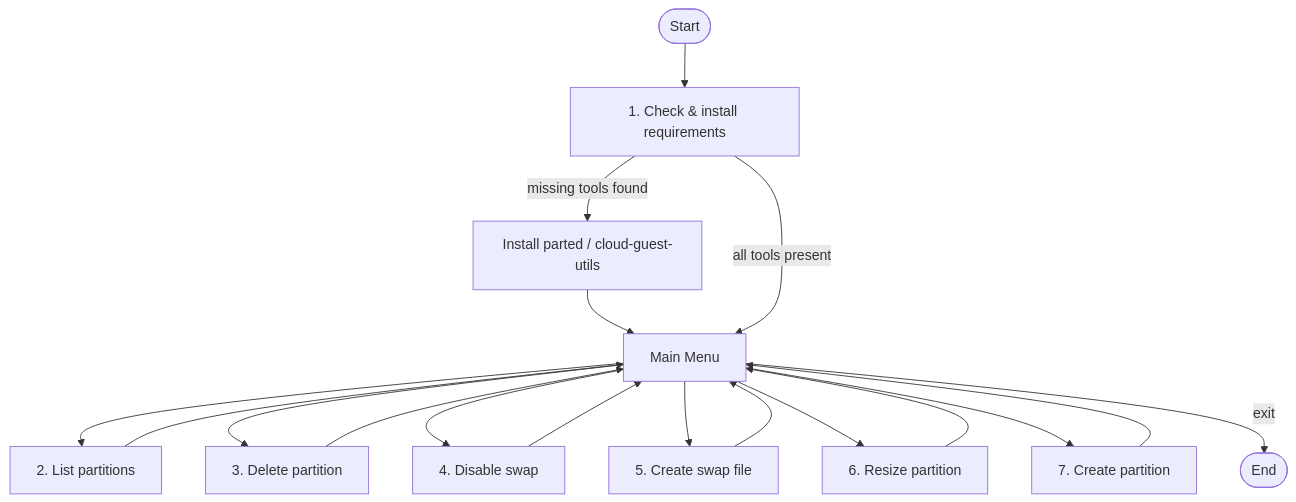
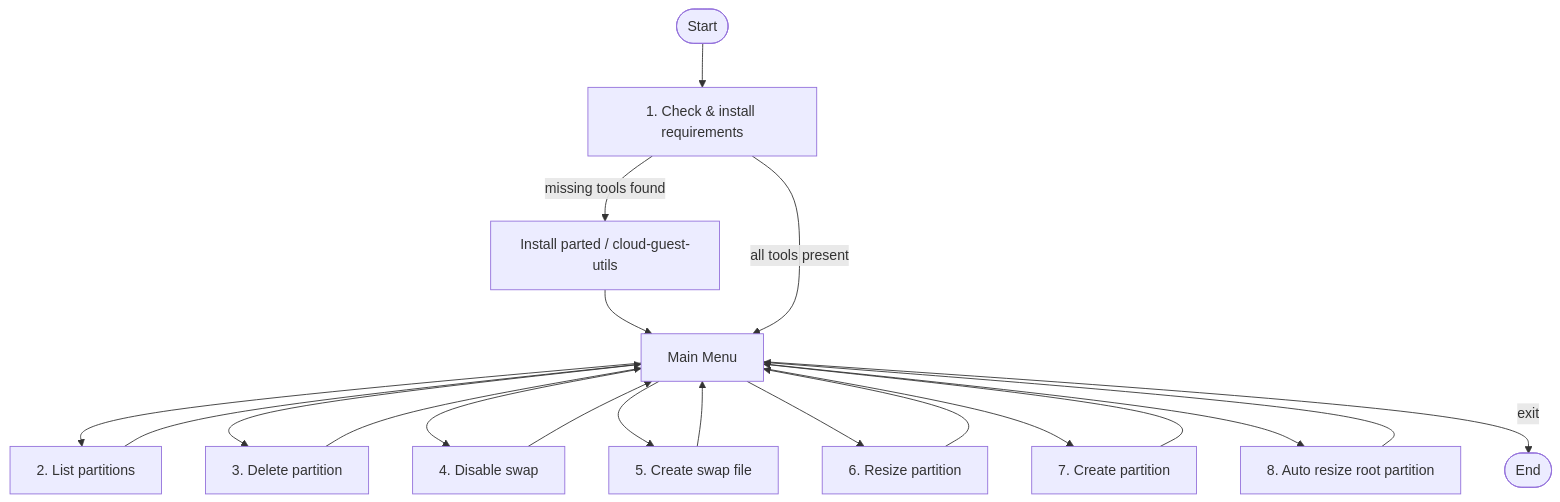
Before and after one commit to faizal2007/partition_mgt: the diagram in README.md, drawn with Mermaid. The commit also changed other lines of this file and 1 other file, not shown here.

Commit message:
Add auto-resize root partition option

````diff
--- a/README.md
+++ b/README.md
@@ -13,23 +13,25 @@
 ```mermaid
 flowchart TD
     Start([Start]) --> Check[1. Check & install requirements]
     Check -->|missing tools found| Install[Install parted / cloud-guest-utils]
     Install --> Menu
     Check -->|all tools present| Menu
 
     Menu[Main Menu] --> List[2. List partitions]
     Menu --> Delete[3. Delete partition]
     Menu --> SwapOff[4. Disable swap]
     Menu --> SwapFile[5. Create swap file]
     Menu --> Resize[6. Resize partition]
     Menu --> CreatePart[7. Create partition]
+    Menu --> RootResize[8. Auto resize root partition]
 
     List --> Menu
     Delete --> Menu
     SwapOff --> Menu
     SwapFile --> Menu
     Resize --> Menu
     CreatePart --> Menu
+    RootResize --> Menu
 
     Menu -->|exit| End([End])
 ```
````
